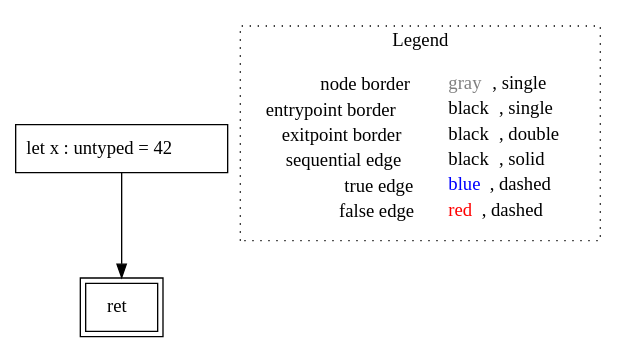
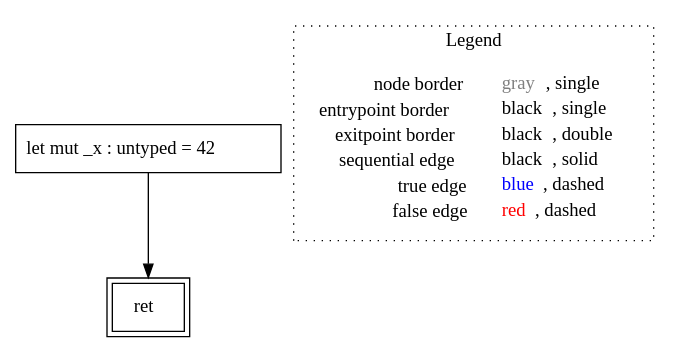
Before and after one commit to VincenzoArceri/rust-lisa: the diagram in rust-lisa/rust-testcases/cfg/mutable-variable-declaration/()_rust-testcases_cfg_mutable-variable-declaration_mutable-variable-declaration.rs.main().dot, drawn with Graphviz. The commit also changed 29 other files, not shown here.

```diff
--- a/rust-lisa/rust-testcases/cfg/mutable-variable-declaration/()_rust-testcases_cfg_mutable-variable-declaration_mutable-variable-declaration.rs.main().dot
+++ b/rust-lisa/rust-testcases/cfg/mutable-variable-declaration/()_rust-testcases_cfg_mutable-variable-declaration_mutable-variable-declaration.rs.main().dot
@@ -1,12 +1,12 @@
 digraph {
-	"node0" [shape="rect",color="black",label=<let x : untyped = 42>];
+	"node0" [shape="rect",color="black",label=<let mut _x : untyped = 42>];
 	"node1" [shape="rect",color="black",peripheries="2",label=<ret>];
 	"node0" -> "node1" [color="black"];
 subgraph cluster_legend {
 	label="Legend";
 	style=dotted;
 	node [shape=plaintext];
 	"legend" [label=<<table border="0" cellpadding="2" cellspacing="0" cellborder="0"><tr><td align="right">node border&nbsp;</td><td align="left"><font color="gray">gray</font>, single</td></tr><tr><td align="right">entrypoint border&nbsp;</td><td align="left"><font color="black">black</font>, single</td></tr><tr><td align="right">exitpoint border&nbsp;</td><td align="left"><font color="black">black</font>, double</td></tr><tr><td align="right">sequential edge&nbsp;</td><td align="left"><font color="black">black</font>, solid</td></tr><tr><td align="right">true edge&nbsp;</td><td align="left"><font color="blue">blue</font>, dashed</td></tr><tr><td align="right">false edge&nbsp;</td><td align="left"><font color="red">red</font>, dashed</td></tr></table>>];
 }
 
 }
```
